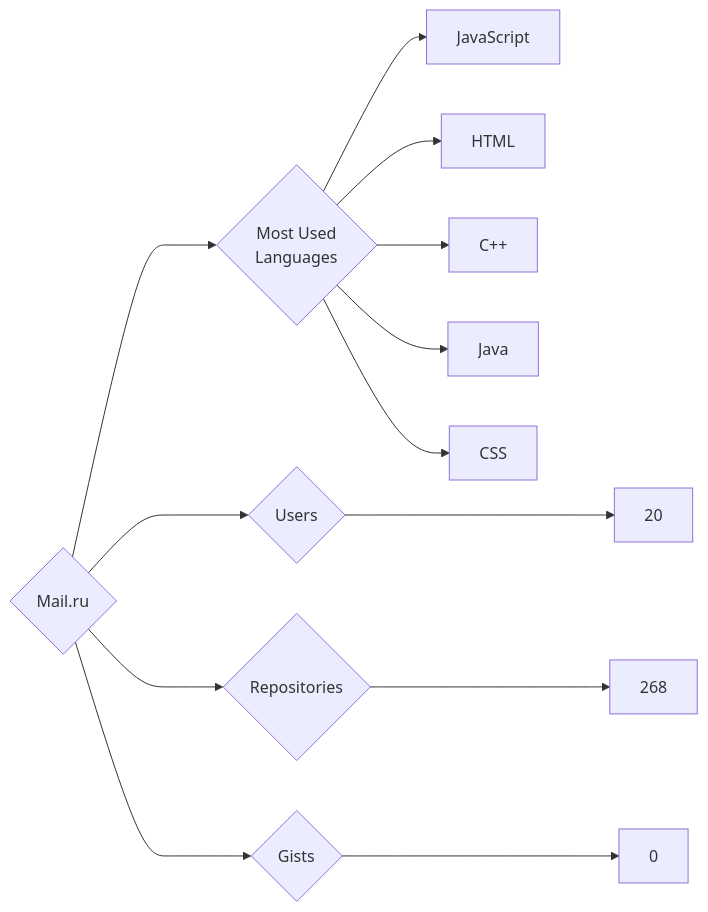
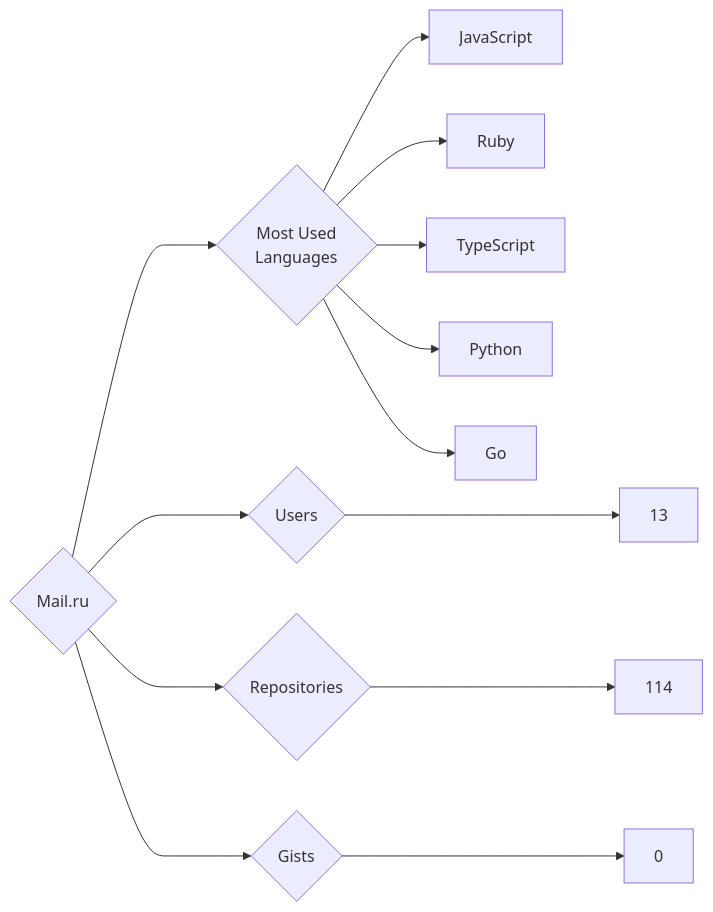
Before and after one commit to trickest/insiders: the diagram in targets/Mail.ru/README.md, drawn with Mermaid. The commit also changed 951 other files, not shown here.

````diff
--- a/targets/Mail.ru/README.md
+++ b/targets/Mail.ru/README.md
@@ -3,13 +3,13 @@
 ```mermaid
 graph LR
 COMPANY_NAME{Mail.ru}
-COMPANY_NAME ---> U{Users} ---> UN[20]
-COMPANY_NAME ---> R{Repositories} ---> RN[268]
+COMPANY_NAME ---> U{Users} ---> UN[13]
+COMPANY_NAME ---> R{Repositories} ---> RN[114]
 COMPANY_NAME ---> G{Gists} ---> GN[0]
 COMPANY_NAME ---> ML{Most Used<br>Languages}
 ML --> JavaScript[JavaScript]
-ML --> HTML[HTML]
-ML --> C++[C++]
-ML --> Java[Java]
-ML --> CSS[CSS]
+ML --> Ruby[Ruby]
+ML --> TypeScript[TypeScript]
+ML --> Python[Python]
+ML --> Go[Go]
 ```
````
